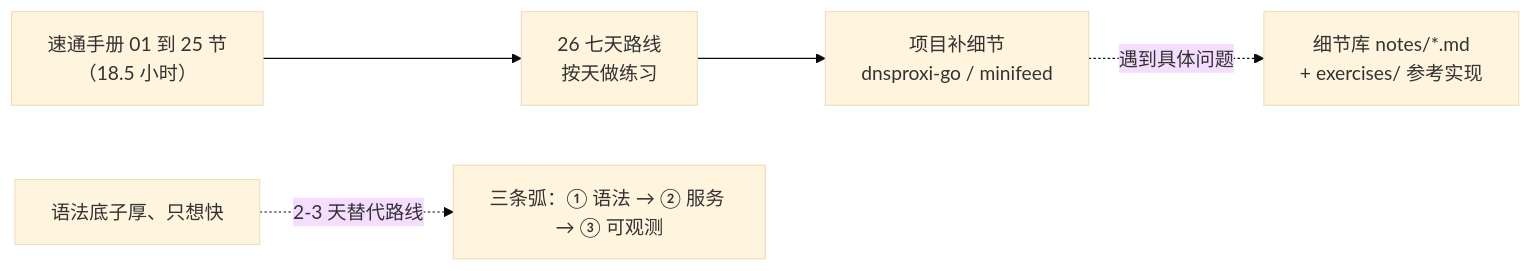
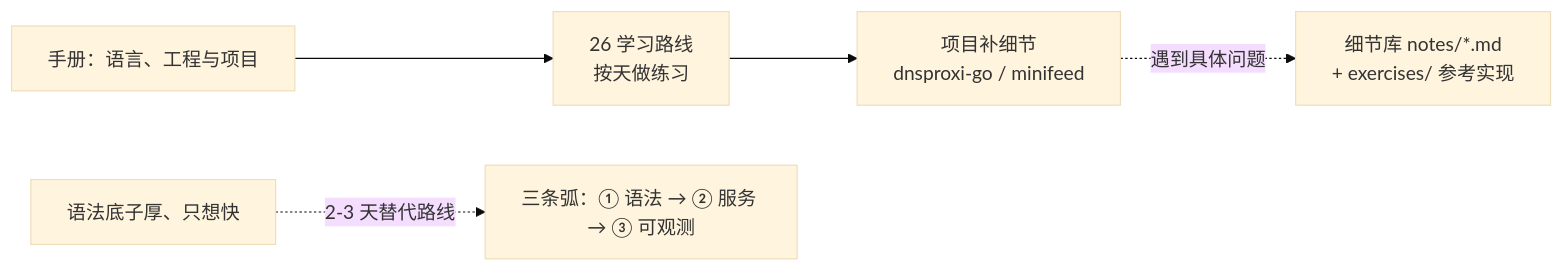
Before and after one commit to yumubi/golearn: the diagram in docs/index.md, drawn with Mermaid (base theme). The commit also changed other lines of this file and 47 other files, not shown here.

````diff
--- a/docs/index.md
+++ b/docs/index.md
@@ -17,6 +17,6 @@
 ```mermaid
 flowchart LR
-    HB["速通手册 01 到 25 节<br/>（18.5 小时）"] --> R["26 七天路线<br/>按天做练习"] --> PRJ["项目补细节<br/>dnsproxi-go / minifeed"]
+    HB["手册：语言、工程与项目"] --> R["26 学习路线<br/>按天做练习"] --> PRJ["项目补细节<br/>dnsproxi-go / minifeed"]
     PRJ -.遇到具体问题.-> REF["细节库 notes/*.md<br/>+ exercises/ 参考实现"]
     HB2["语法底子厚、只想快"] -.2-3 天替代路线.-> ARC["三条弧：① 语法 → ② 服务 → ③ 可观测"]
 ```
````
